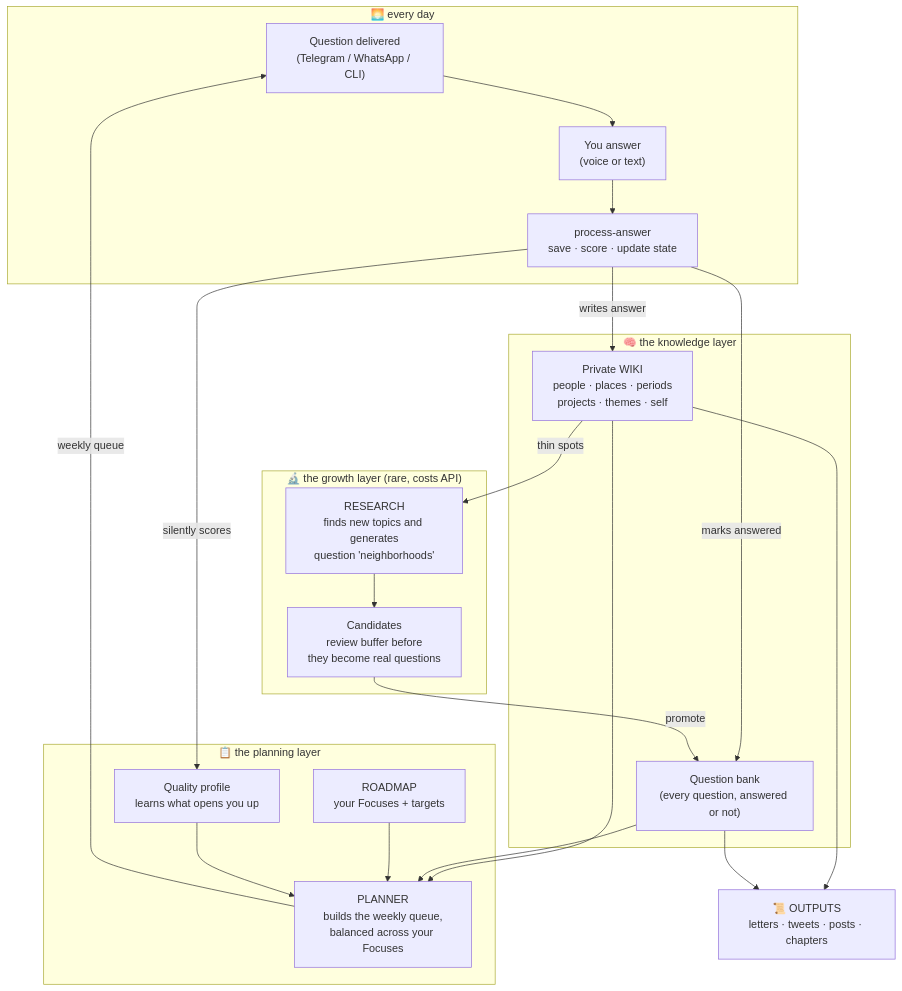
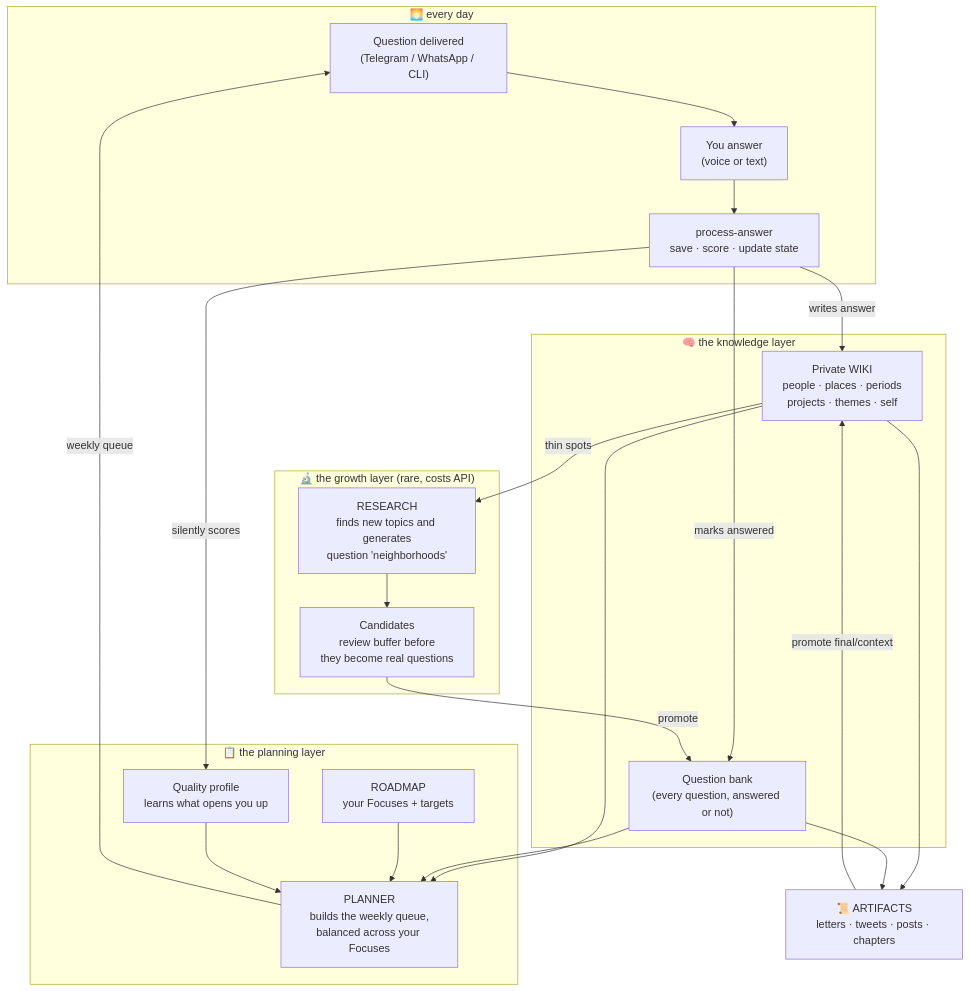
One commit to lifehug/lifehug changed the first of 9 diagrams in README.md. Above: the diagram before and after it, drawn with Mermaid. The commit also changed other lines of this file and 21 other files, not shown here.

````diff
--- a/README.md
+++ b/README.md
@@ -33,41 +33,42 @@
 ```mermaid
 flowchart TB
     subgraph daily["🌅 every day"]
         Q["Question delivered<br/>(Telegram / WhatsApp / CLI)"]
         A["You answer<br/>(voice or text)"]
         P["process-answer<br/>save · score · update state"]
         Q --> A --> P
     end
 
     subgraph brain["🧠 the knowledge layer"]
         W["Private WIKI<br/>people · places · periods<br/>projects · themes · self"]
         QB["Question bank<br/>(every question, answered or not)"]
     end
 
     subgraph think["📋 the planning layer"]
         PL["PLANNER<br/>builds the weekly queue,<br/>balanced across your Focuses"]
         RM["ROADMAP<br/>your Focuses + targets"]
         QP["Quality profile<br/>learns what opens you up"]
     end
 
     subgraph grow["🔬 the growth layer (rare, costs API)"]
         RE["RESEARCH<br/>finds new topics and generates<br/>question 'neighborhoods'"]
         CA["Candidates<br/>review buffer before<br/>they become real questions"]
     end
 
     P -->|writes answer| W
     P -->|marks answered| QB
     P -->|silently scores| QP
     W --> PL
     QB --> PL
     RM --> PL
     QP --> PL
     PL -->|weekly queue| Q
     W -->|thin spots| RE
     RE --> CA
     CA -->|promote| QB
 
-    OUT["📜 OUTPUTS<br/>letters · tweets · posts · chapters"]
+    OUT["📜 ARTIFACTS<br/>letters · tweets · posts · chapters"]
     W --> OUT
     QB --> OUT
+    OUT -->|promote final/context| W
 ```
````
